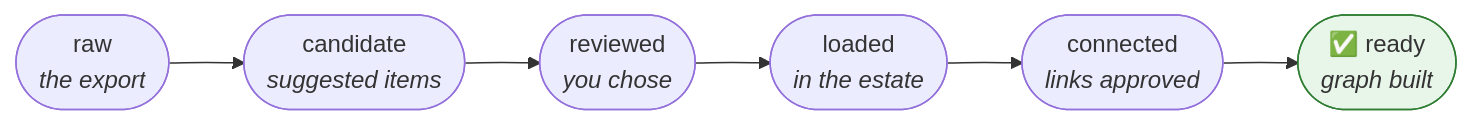
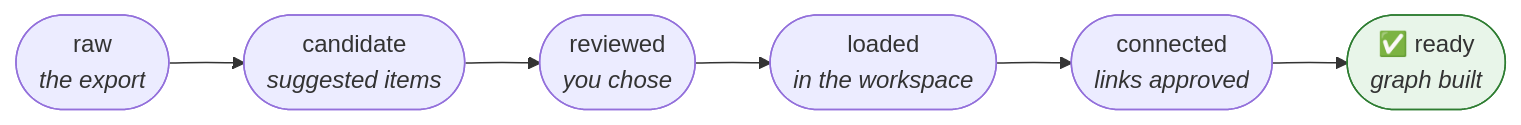
One commit to taumoeps/bian-sdem-framework changed the third of 3 diagrams in docs/sdem-onboarding-workflow.md. Above: the diagram before and after it, drawn with Mermaid. The commit also changed other lines of this file and 155 other files, not shown here.

````diff
--- a/docs/sdem-onboarding-workflow.md
+++ b/docs/sdem-onboarding-workflow.md
@@ -52,6 +52,6 @@
 ```mermaid
 flowchart LR
-    s1(["raw<br/><i>the export</i>"]) --> s2(["candidate<br/><i>suggested items</i>"]) --> s3(["reviewed<br/><i>you chose</i>"]) --> s4(["loaded<br/><i>in the estate</i>"]) --> s5(["connected<br/><i>links approved</i>"]) --> s6(["✅ ready<br/><i>graph built</i>"])
+    s1(["raw<br/><i>the export</i>"]) --> s2(["candidate<br/><i>suggested items</i>"]) --> s3(["reviewed<br/><i>you chose</i>"]) --> s4(["loaded<br/><i>in the workspace</i>"]) --> s5(["connected<br/><i>links approved</i>"]) --> s6(["✅ ready<br/><i>graph built</i>"])
     classDef r fill:#E8F5E9,stroke:#2E7D32
     class s6 r
 ```
````
